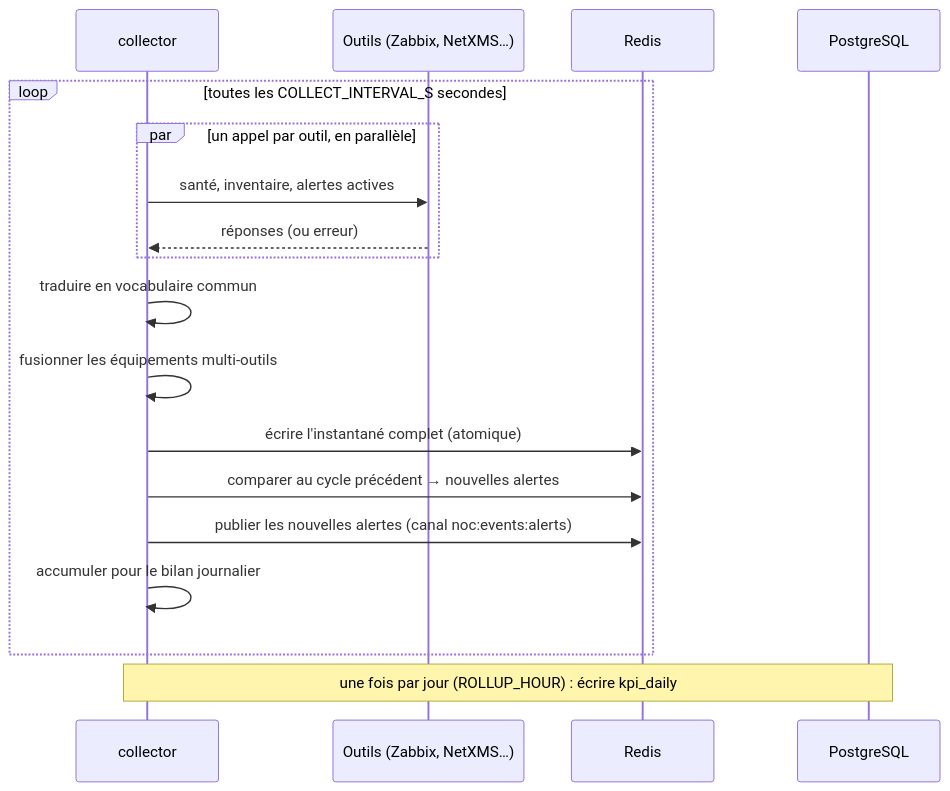
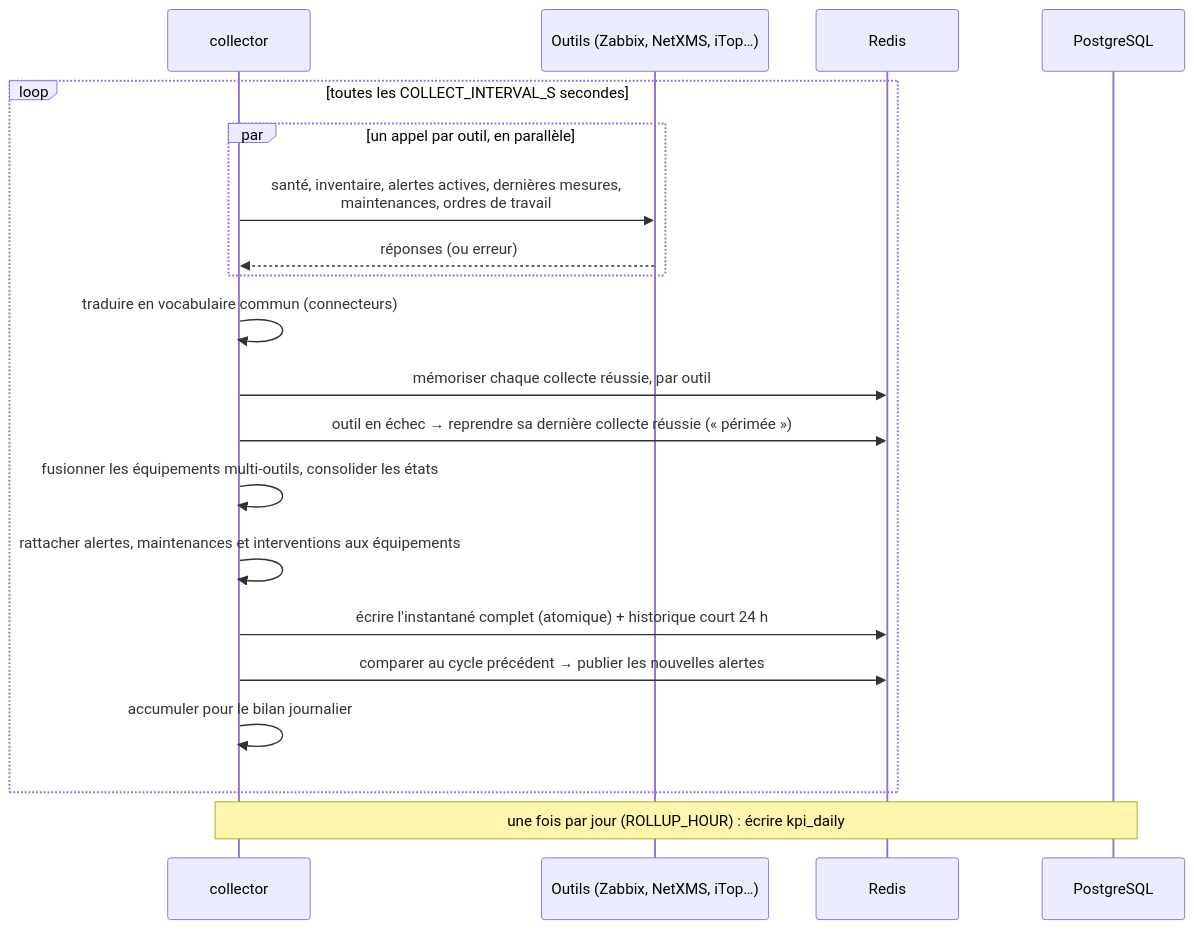
Before and after one commit to Boucharaf/noc: the second of 3 diagrams in docs/02-architecture.md, drawn with Mermaid. The commit also changed other lines of this file and 124 other files, not shown here.

````diff
--- a/docs/02-architecture.md
+++ b/docs/02-architecture.md
@@ -92,21 +113,23 @@
 ```mermaid
 sequenceDiagram
     participant C as collector
-    participant O as Outils (Zabbix, NetXMS…)
+    participant O as Outils (Zabbix, NetXMS, iTop…)
     participant R as Redis
     participant P as PostgreSQL
 
     loop toutes les COLLECT_INTERVAL_S secondes
         par un appel par outil, en parallèle
-            C->>O: santé, inventaire, alertes actives
+            C->>O: santé, inventaire, alertes actives, dernières mesures,<br/>maintenances, ordres de travail
             O-->>C: réponses (ou erreur)
         end
-        C->>C: traduire en vocabulaire commun
-        C->>C: fusionner les équipements multi-outils
-        C->>R: écrire l'instantané complet (atomique)
-        C->>R: comparer au cycle précédent → nouvelles alertes
-        C->>R: publier les nouvelles alertes (canal noc:events:alerts)
+        C->>C: traduire en vocabulaire commun (connecteurs)
+        C->>R: mémoriser chaque collecte réussie, par outil
+        C->>R: outil en échec → reprendre sa dernière collecte réussie (« périmée »)
+        C->>C: fusionner les équipements multi-outils, consolider les états
+        C->>C: rattacher alertes, maintenances et interventions aux équipements
+        C->>R: écrire l'instantané complet (atomique) + historique court 24 h
+        C->>R: comparer au cycle précédent → publier les nouvelles alertes
         C->>C: accumuler pour le bilan journalier
     end
     Note over C,P: une fois par jour (ROLLUP_HOUR) : écrire kpi_daily
 ```
````
